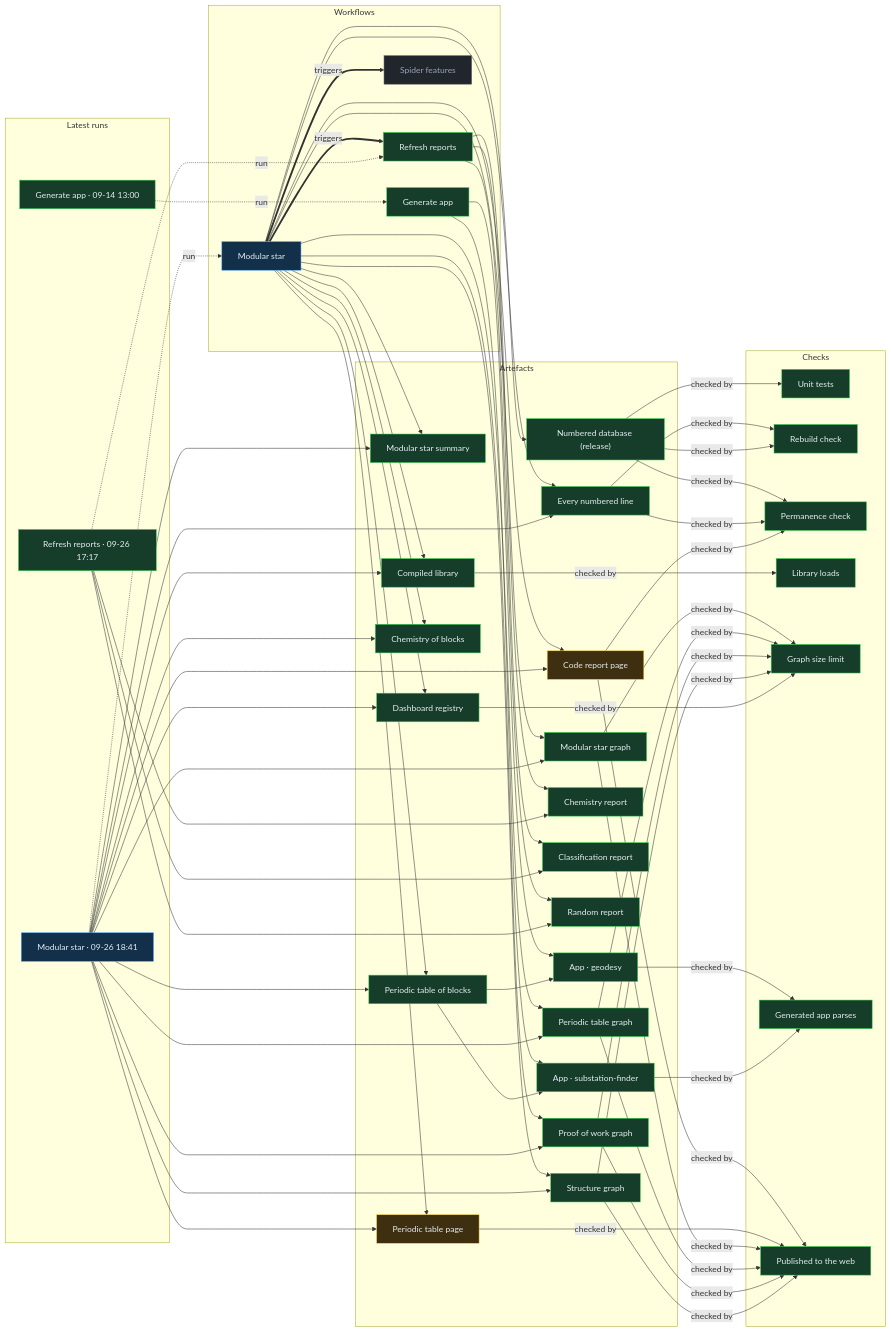
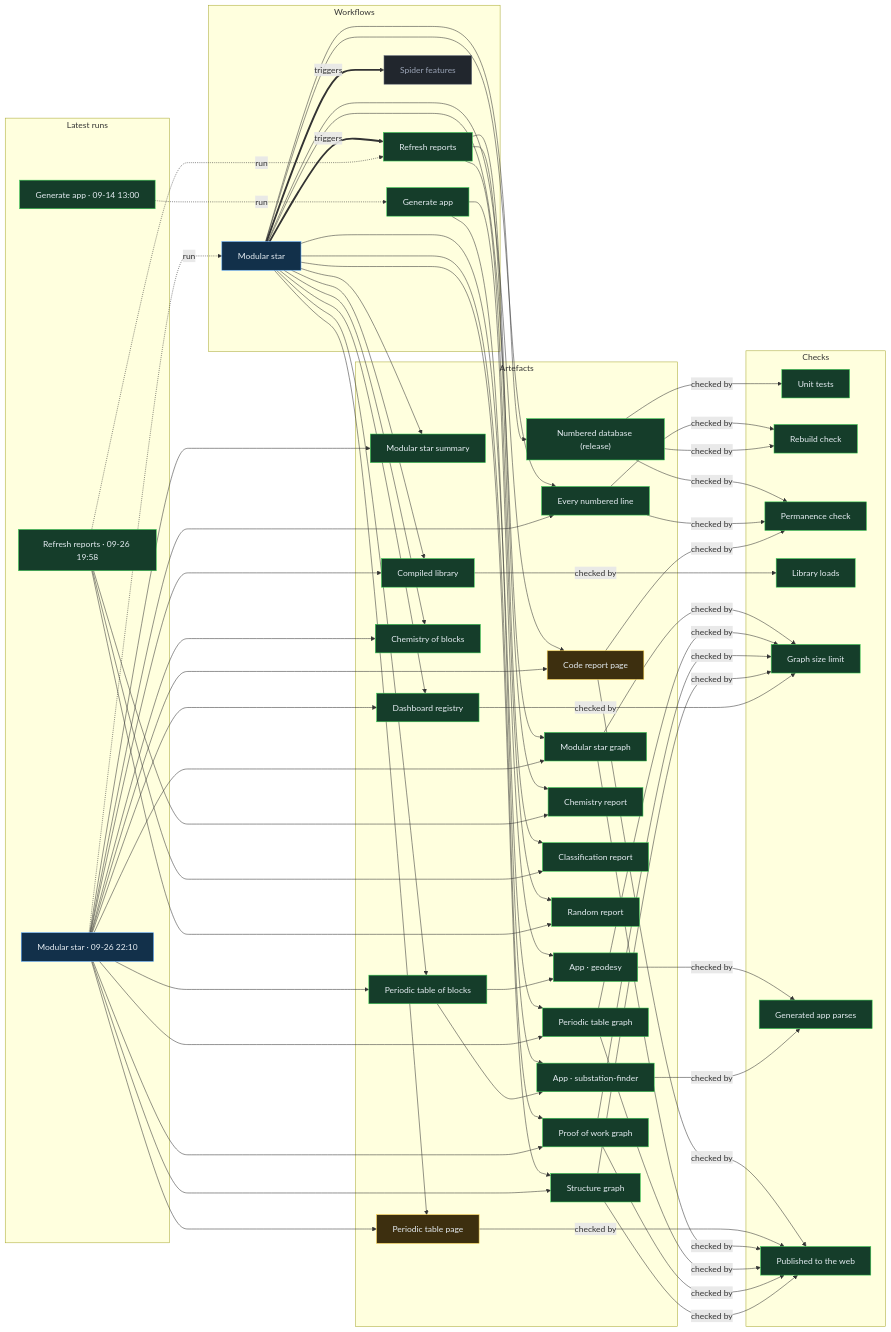
Before and after one commit to Ventusltd/stars: the diagram in proof/PROOF.md, drawn with Mermaid. The commit also changed other lines of this file and 135 other files, not shown here.

Commit message:
Modular star 2026-09-26T22:13Z

```diff
--- a/proof/PROOF.md
+++ b/proof/PROOF.md
@@ -24,8 +24,8 @@
   n_wf_spider_features["Spider features"]:::off
   end
   subgraph g_runs["Latest runs"]
-  n_run_36263455734["Modular star · 09-26 18:41"]:::live
-  n_run_36258500748["Refresh reports · 09-26 17:17"]:::ok
+  n_run_36275411966["Modular star · 09-26 22:10"]:::live
+  n_run_36267900572["Refresh reports · 09-26 19:58"]:::ok
   n_run_34846587798["Generate app · 09-14 13:00"]:::ok
   end
   subgraph g_artefacts["Artefacts"]
@@ -59,39 +59,39 @@
   end
   n_wf_modular_star == triggers ==> n_wf_refresh
   n_wf_modular_star == triggers ==> n_wf_spider_features
-  n_run_36263455734 -. run .-> n_wf_modular_star
-  n_run_36258500748 -. run .-> n_wf_refresh
+  n_run_36275411966 -. run .-> n_wf_modular_star
+  n_run_36267900572 -. run .-> n_wf_refresh
   n_run_34846587798 -. run .-> n_wf_generate
   n_wf_modular_star --> n_art_summary
-  n_run_36263455734 --> n_art_summary
+  n_run_36275411966 --> n_art_summary
   n_wf_modular_star --> n_art_lines
-  n_run_36263455734 --> n_art_lines
+  n_run_36275411966 --> n_art_lines
   n_wf_modular_star --> n_art_code
-  n_run_36263455734 --> n_art_code
+  n_run_36275411966 --> n_art_code
   n_wf_modular_star --> n_art_modular_graph
-  n_run_36263455734 --> n_art_modular_graph
+  n_run_36275411966 --> n_art_modular_graph
   n_wf_modular_star --> n_art_blocks
-  n_run_36263455734 --> n_art_blocks
+  n_run_36275411966 --> n_art_blocks
   n_wf_modular_star --> n_art_table
-  n_run_36263455734 --> n_art_table
+  n_run_36275411966 --> n_art_table
   n_wf_modular_star --> n_art_blocks_graph
-  n_run_36263455734 --> n_art_blocks_graph
+  n_run_36275411966 --> n_art_blocks_graph
   n_wf_modular_star --> n_art_reactions
-  n_run_36263455734 --> n_art_reactions
+  n_run_36275411966 --> n_art_reactions
   n_wf_modular_star --> n_art_library
-  n_run_36263455734 --> n_art_library
+  n_run_36275411966 --> n_art_library
   n_wf_modular_star --> n_art_features
-  n_run_36263455734 --> n_art_features
+  n_run_36275411966 --> n_art_features
   n_wf_modular_star --> n_art_proof
-  n_run_36263455734 --> n_art_proof
+  n_run_36275411966 --> n_art_proof
   n_wf_modular_star --> n_art_structure
-  n_run_36263455734 --> n_art_structure
+  n_run_36275411966 --> n_art_structure
   n_wf_refresh --> n_art_chemistry
-  n_run_36258500748 --> n_art_chemistry
+  n_run_36267900572 --> n_art_chemistry
   n_wf_refresh --> n_art_vedic
-  n_run_36258500748 --> n_art_vedic
+  n_run_36267900572 --> n_art_vedic
   n_wf_refresh --> n_art_random
-  n_run_36258500748 --> n_art_random
+  n_run_36267900572 --> n_art_random
   n_wf_modular_star --> n_art_release
   n_wf_generate --> n_app_geodesy
   n_art_blocks --> n_app_geodesy
```
